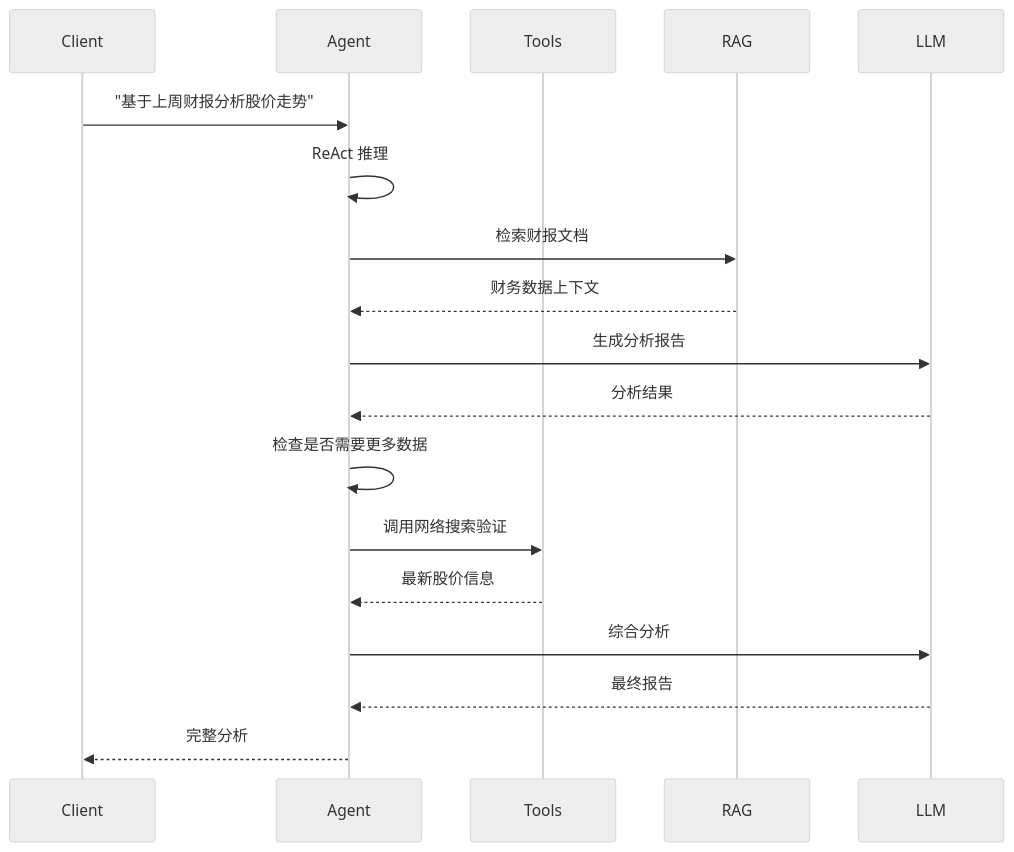
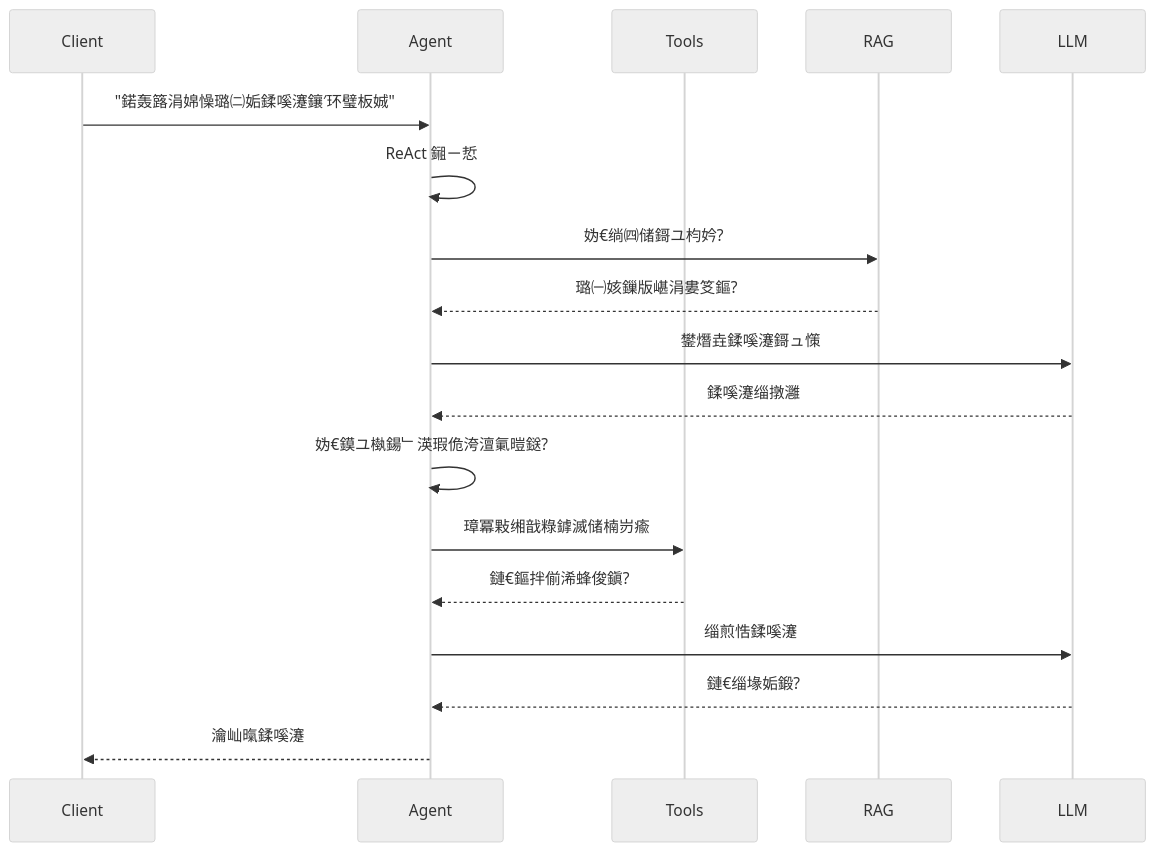
One commit to Oxidaner/High-Performance-LLM-Gateway changed diagram 14 of 14 in docs/SPEC.md. Above: the diagram before and after it, drawn with Mermaid (neutral theme). The commit also changed other lines of this file and 55 other files, not shown here.

````diff
--- a/docs/SPEC.md
+++ b/docs/SPEC.md
@@ -2014,21 +2018,21 @@
 ```mermaid
 sequenceDiagram
     participant Client
     participant Agent
     participant Tools
     participant RAG
     participant LLM
 
-    Client->>Agent: "基于上周财报分析股价走势"
-    Agent->>Agent: ReAct 推理
-    Agent->>RAG: 检索财报文档
-    RAG-->>Agent: 财务数据上下文
-    Agent->>LLM: 生成分析报告
-    LLM-->>Agent: 分析结果
-    Agent->>Agent: 检查是否需要更多数据
-    Agent->>Tools: 调用网络搜索验证
-    Tools-->>Agent: 最新股价信息
-    Agent->>LLM: 综合分析
-    LLM-->>Agent: 最终报告
-    Agent-->>Client: 完整分析
+    Client->>Agent: "鍩轰簬涓婂懆璐㈡姤鍒嗘瀽鑲′环璧板娍"
+    Agent->>Agent: ReAct 鎺ㄧ悊
+    Agent->>RAG: 妫€绱㈣储鎶ユ枃妗?
+    RAG-->>Agent: 璐㈠姟鏁版嵁涓婁笅鏂?
+    Agent->>LLM: 鐢熸垚鍒嗘瀽鎶ュ憡
+    LLM-->>Agent: 鍒嗘瀽缁撴灉
+    Agent->>Agent: 妫€鏌ユ槸鍚﹂渶瑕佹洿澶氭暟鎹?
+    Agent->>Tools: 璋冪敤缃戠粶鎼滅储楠岃瘉
+    Tools-->>Agent: 鏈€鏂拌偂浠蜂俊鎭?
+    Agent->>LLM: 缁煎悎鍒嗘瀽
+    LLM-->>Agent: 鏈€缁堟姤鍛?
+    Agent-->>Client: 瀹屾暣鍒嗘瀽
 ```
````
